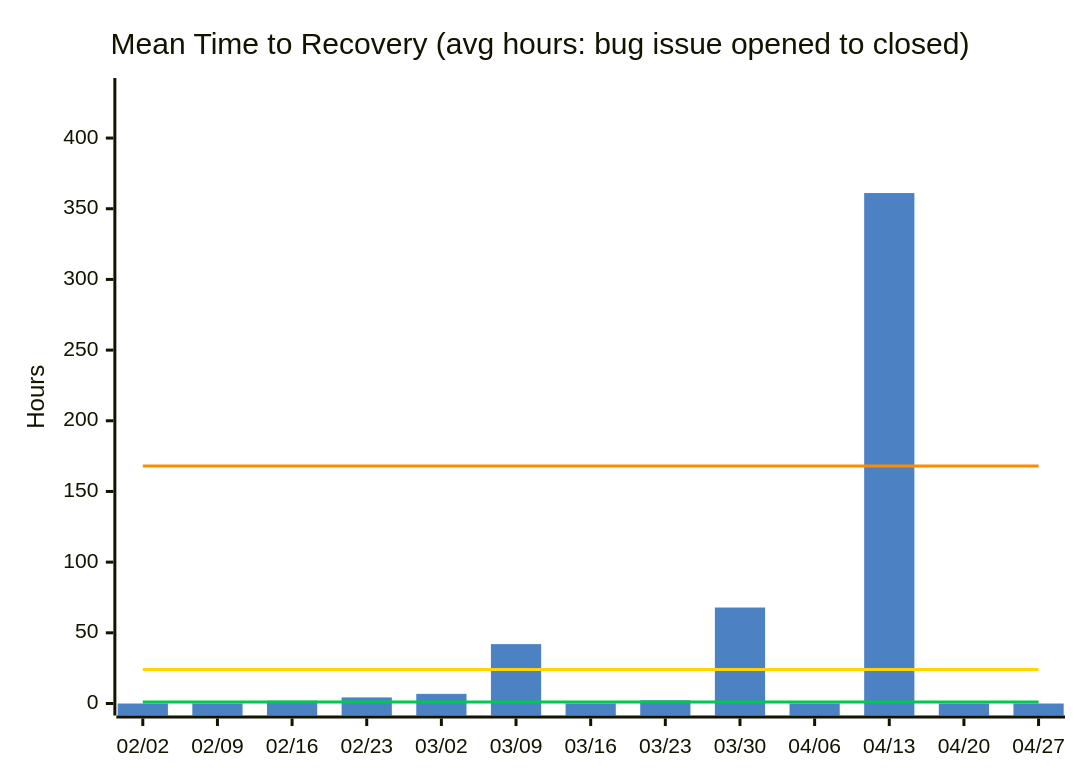
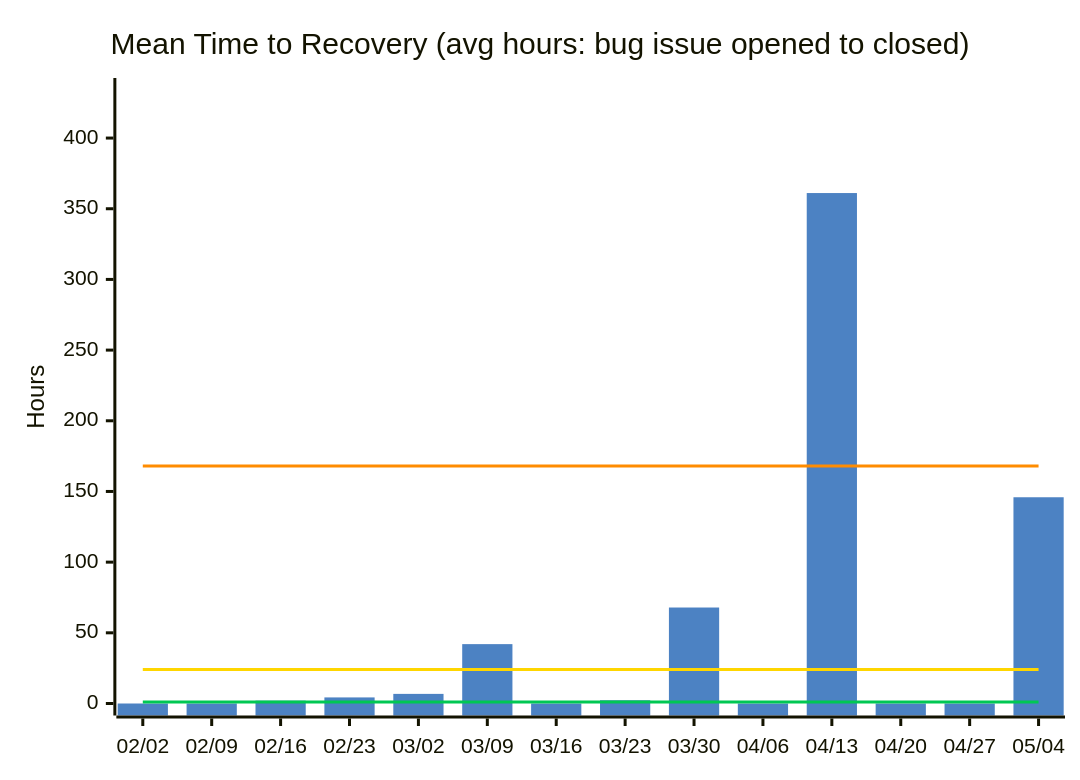
The fourth of 14 diagrams in docs/metrics.md (nablarch/nabledge-dev), drawn with Mermaid before and after one commit. The commit also changed other lines of this file and 2 other files, not shown here.

````diff
--- a/docs/metrics.md
+++ b/docs/metrics.md
@@ -73,11 +73,11 @@
 ```mermaid
 %%{init: {'theme': 'base', 'themeVariables': {'xyChart': {'plotColorPalette': '#4C82C3,#00C853,#FFD600,#FF8C00'}}}}%%
 xychart-beta
   title "Mean Time to Recovery (avg hours: bug issue opened to closed)"
-  x-axis ["02/02", "02/09", "02/16", "02/23", "03/02", "03/09", "03/16", "03/23", "03/30", "04/06", "04/13", "04/20", "04/27"]
+  x-axis ["02/02", "02/09", "02/16", "02/23", "03/02", "03/09", "03/16", "03/23", "03/30", "04/06", "04/13", "04/20", "04/27", "05/04"]
   y-axis "Hours" 0 --> 434
-  bar [0, 0, 2, 4.3, 6.8, 42, 0, 2.3, 67.9, 0, 361.1, 0, 0]
-  line [1, 1, 1, 1, 1, 1, 1, 1, 1, 1, 1, 1, 1]
-  line [24, 24, 24, 24, 24, 24, 24, 24, 24, 24, 24, 24, 24]
-  line [168, 168, 168, 168, 168, 168, 168, 168, 168, 168, 168, 168, 168]
+  bar [0, 0, 2, 4.3, 6.8, 42, 0, 2.3, 67.9, 0, 361.1, 0, 0, 145.9]
+  line [1, 1, 1, 1, 1, 1, 1, 1, 1, 1, 1, 1, 1, 1]
+  line [24, 24, 24, 24, 24, 24, 24, 24, 24, 24, 24, 24, 24, 24]
+  line [168, 168, 168, 168, 168, 168, 168, 168, 168, 168, 168, 168, 168, 168]
 ```
````
